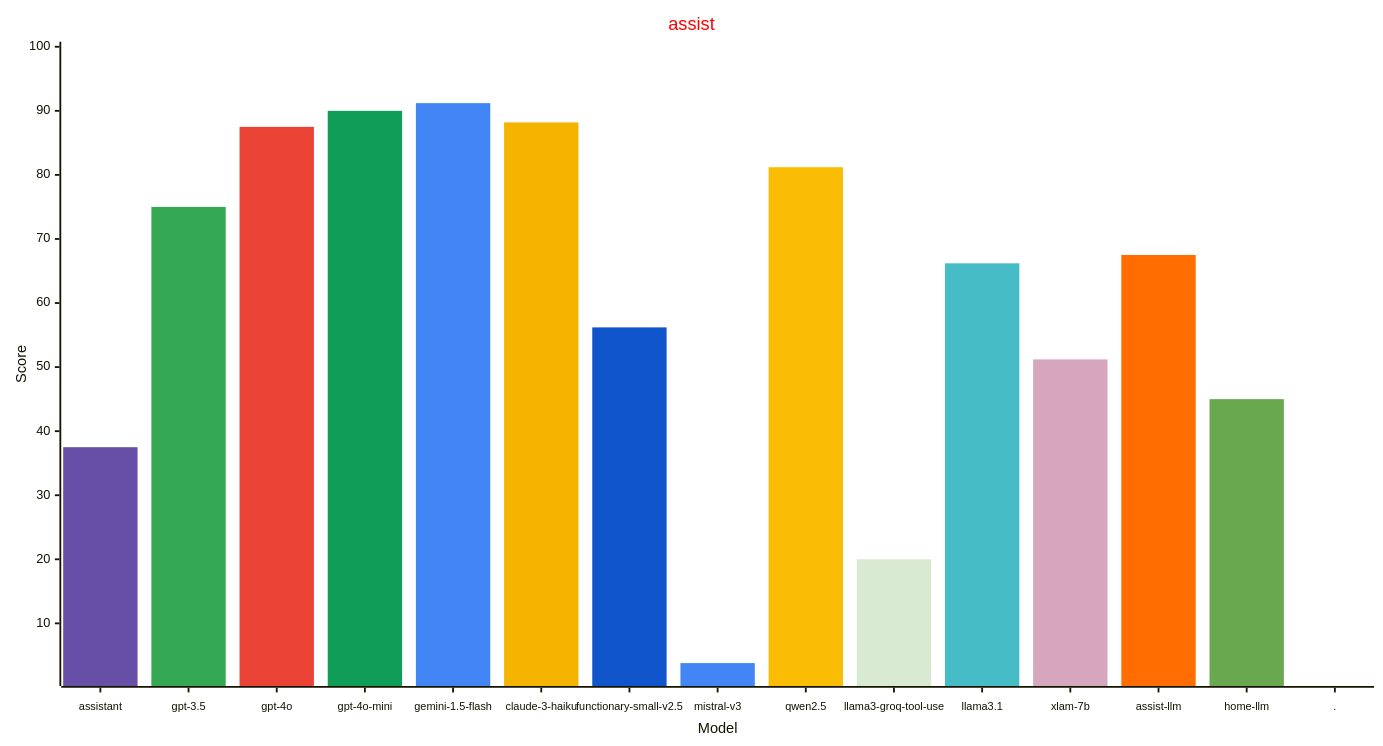
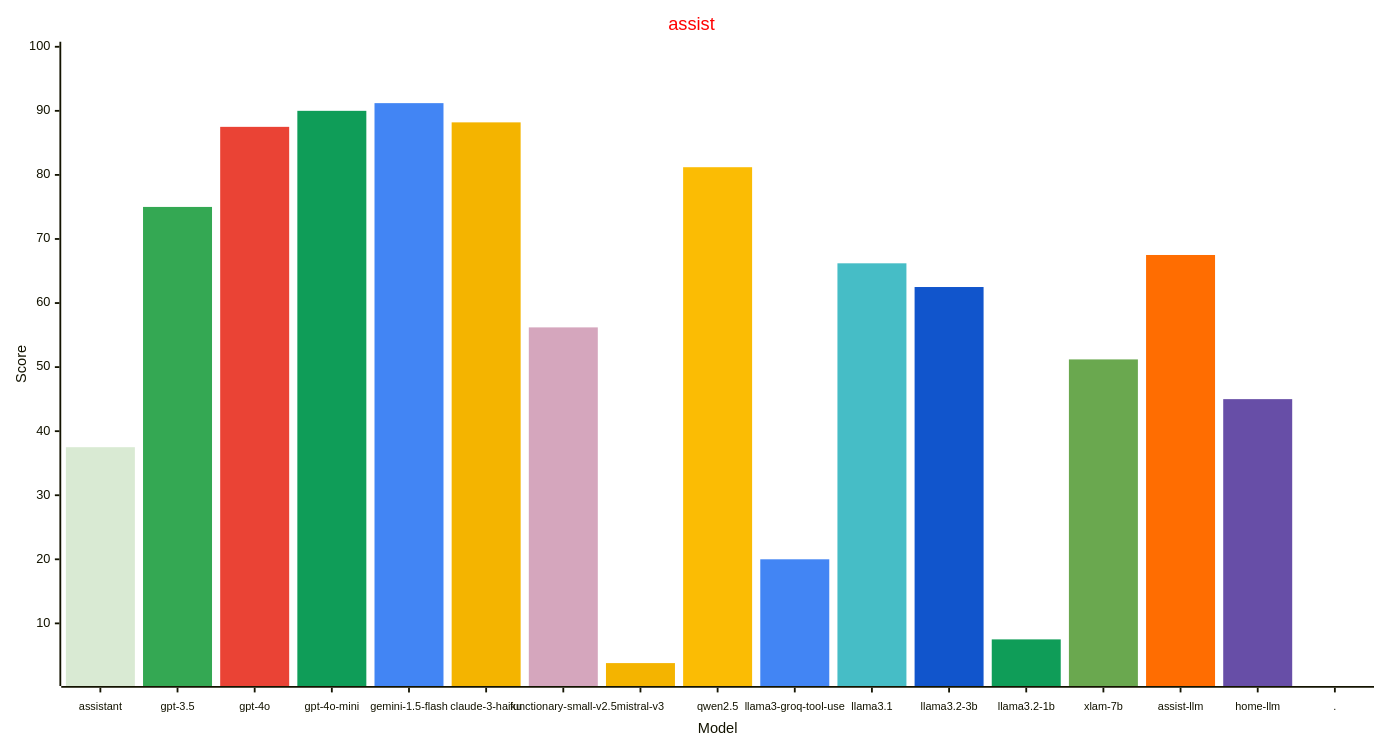
The first of 3 diagrams in reports/README.md (allenporter/home-assistant-datasets), drawn with Mermaid before and after one commit. The commit also changed other lines of this file and 263 other files, not shown here.

````diff
--- a/reports/README.md
+++ b/reports/README.md
@@ -44,35 +46,37 @@
 ```mermaid
 ---
 config:
     xyChart:
         width: 1500
         height: 800
         xAxis:
           labelFontSize: 12
           labelPadding: 8
     themeVariables:
         xyChart:
             titleColor: "#ff0000"
-            plotColorPalette: "#674ea7, #34a853, #ea4335, #0f9d58, #4285f4, #f4b400, #1155cc, #4285f4, #fbbc04, #d9ead3, #46bdc6, #d5a6bd, #ff6d01, #6aa84f, #4285f4"
+            plotColorPalette: "#d9ead3, #34a853, #ea4335, #0f9d58, #4285f4, #f4b400, #d5a6bd, #f4b400, #fbbc04, #4285f4, #46bdc6, #1155cc, #0f9d58, #6aa84f, #ff6d01, #674ea7, #4285f4"
 
 ---
 xychart-beta
   title "assist"
-  x-axis "Model" [assistant, gpt-3.5, gpt-4o, gpt-4o-mini, gemini-1.5-flash, claude-3-haiku, functionary-small-v2.5, mistral-v3, qwen2.5, llama3-groq-tool-use, llama3.1, xlam-7b, assist-llm, home-llm, .]
+  x-axis "Model" [assistant, gpt-3.5, gpt-4o, gpt-4o-mini, gemini-1.5-flash, claude-3-haiku, functionary-small-v2.5, mistral-v3, qwen2.5, llama3-groq-tool-use, llama3.1, llama3.2-3b, llama3.2-1b, xlam-7b, assist-llm, home-llm, .]
   y-axis "Score" 1 --> 100
-  bar [37.5, 0.0, 0.0, 0.0, 0.0, 0.0, 0.0, 0.0, 0.0, 0.0, 0.0, 0.0, 0.0, 0.0, 0.0]
-  bar [0.0, 75.0, 0.0, 0.0, 0.0, 0.0, 0.0, 0.0, 0.0, 0.0, 0.0, 0.0, 0.0, 0.0, 0.0]
-  bar [0.0, 0.0, 87.5, 0.0, 0.0, 0.0, 0.0, 0.0, 0.0, 0.0, 0.0, 0.0, 0.0, 0.0, 0.0]
-  bar [0.0, 0.0, 0.0, 90.0, 0.0, 0.0, 0.0, 0.0, 0.0, 0.0, 0.0, 0.0, 0.0, 0.0, 0.0]
-  bar [0.0, 0.0, 0.0, 0.0, 91.2, 0.0, 0.0, 0.0, 0.0, 0.0, 0.0, 0.0, 0.0, 0.0, 0.0]
-  bar [0.0, 0.0, 0.0, 0.0, 0.0, 88.2, 0.0, 0.0, 0.0, 0.0, 0.0, 0.0, 0.0, 0.0, 0.0]
-  bar [0.0, 0.0, 0.0, 0.0, 0.0, 0.0, 56.2, 0.0, 0.0, 0.0, 0.0, 0.0, 0.0, 0.0, 0.0]
-  bar [0.0, 0.0, 0.0, 0.0, 0.0, 0.0, 0.0, 3.8, 0.0, 0.0, 0.0, 0.0, 0.0, 0.0, 0.0]
-  bar [0.0, 0.0, 0.0, 0.0, 0.0, 0.0, 0.0, 0.0, 81.2, 0.0, 0.0, 0.0, 0.0, 0.0, 0.0]
-  bar [0.0, 0.0, 0.0, 0.0, 0.0, 0.0, 0.0, 0.0, 0.0, 20.0, 0.0, 0.0, 0.0, 0.0, 0.0]
-  bar [0.0, 0.0, 0.0, 0.0, 0.0, 0.0, 0.0, 0.0, 0.0, 0.0, 66.2, 0.0, 0.0, 0.0, 0.0]
-  bar [0.0, 0.0, 0.0, 0.0, 0.0, 0.0, 0.0, 0.0, 0.0, 0.0, 0.0, 51.2, 0.0, 0.0, 0.0]
-  bar [0.0, 0.0, 0.0, 0.0, 0.0, 0.0, 0.0, 0.0, 0.0, 0.0, 0.0, 0.0, 67.5, 0.0, 0.0]
-  bar [0.0, 0.0, 0.0, 0.0, 0.0, 0.0, 0.0, 0.0, 0.0, 0.0, 0.0, 0.0, 0.0, 45.0, 0.0]
-  bar [0.0, 0.0, 0.0, 0.0, 0.0, 0.0, 0.0, 0.0, 0.0, 0.0, 0.0, 0.0, 0.0, 0.0, -1.0]
+  bar [37.5, 0.0, 0.0, 0.0, 0.0, 0.0, 0.0, 0.0, 0.0, 0.0, 0.0, 0.0, 0.0, 0.0, 0.0, 0.0, 0.0]
+  bar [0.0, 75.0, 0.0, 0.0, 0.0, 0.0, 0.0, 0.0, 0.0, 0.0, 0.0, 0.0, 0.0, 0.0, 0.0, 0.0, 0.0]
+  bar [0.0, 0.0, 87.5, 0.0, 0.0, 0.0, 0.0, 0.0, 0.0, 0.0, 0.0, 0.0, 0.0, 0.0, 0.0, 0.0, 0.0]
+  bar [0.0, 0.0, 0.0, 90.0, 0.0, 0.0, 0.0, 0.0, 0.0, 0.0, 0.0, 0.0, 0.0, 0.0, 0.0, 0.0, 0.0]
+  bar [0.0, 0.0, 0.0, 0.0, 91.2, 0.0, 0.0, 0.0, 0.0, 0.0, 0.0, 0.0, 0.0, 0.0, 0.0, 0.0, 0.0]
+  bar [0.0, 0.0, 0.0, 0.0, 0.0, 88.2, 0.0, 0.0, 0.0, 0.0, 0.0, 0.0, 0.0, 0.0, 0.0, 0.0, 0.0]
+  bar [0.0, 0.0, 0.0, 0.0, 0.0, 0.0, 56.2, 0.0, 0.0, 0.0, 0.0, 0.0, 0.0, 0.0, 0.0, 0.0, 0.0]
+  bar [0.0, 0.0, 0.0, 0.0, 0.0, 0.0, 0.0, 3.8, 0.0, 0.0, 0.0, 0.0, 0.0, 0.0, 0.0, 0.0, 0.0]
+  bar [0.0, 0.0, 0.0, 0.0, 0.0, 0.0, 0.0, 0.0, 81.2, 0.0, 0.0, 0.0, 0.0, 0.0, 0.0, 0.0, 0.0]
+  bar [0.0, 0.0, 0.0, 0.0, 0.0, 0.0, 0.0, 0.0, 0.0, 20.0, 0.0, 0.0, 0.0, 0.0, 0.0, 0.0, 0.0]
+  bar [0.0, 0.0, 0.0, 0.0, 0.0, 0.0, 0.0, 0.0, 0.0, 0.0, 66.2, 0.0, 0.0, 0.0, 0.0, 0.0, 0.0]
+  bar [0.0, 0.0, 0.0, 0.0, 0.0, 0.0, 0.0, 0.0, 0.0, 0.0, 0.0, 62.5, 0.0, 0.0, 0.0, 0.0, 0.0]
+  bar [0.0, 0.0, 0.0, 0.0, 0.0, 0.0, 0.0, 0.0, 0.0, 0.0, 0.0, 0.0, 7.5, 0.0, 0.0, 0.0, 0.0]
+  bar [0.0, 0.0, 0.0, 0.0, 0.0, 0.0, 0.0, 0.0, 0.0, 0.0, 0.0, 0.0, 0.0, 51.2, 0.0, 0.0, 0.0]
+  bar [0.0, 0.0, 0.0, 0.0, 0.0, 0.0, 0.0, 0.0, 0.0, 0.0, 0.0, 0.0, 0.0, 0.0, 67.5, 0.0, 0.0]
+  bar [0.0, 0.0, 0.0, 0.0, 0.0, 0.0, 0.0, 0.0, 0.0, 0.0, 0.0, 0.0, 0.0, 0.0, 0.0, 45.0, 0.0]
+  bar [0.0, 0.0, 0.0, 0.0, 0.0, 0.0, 0.0, 0.0, 0.0, 0.0, 0.0, 0.0, 0.0, 0.0, 0.0, 0.0, -1.0]
 ```
````
